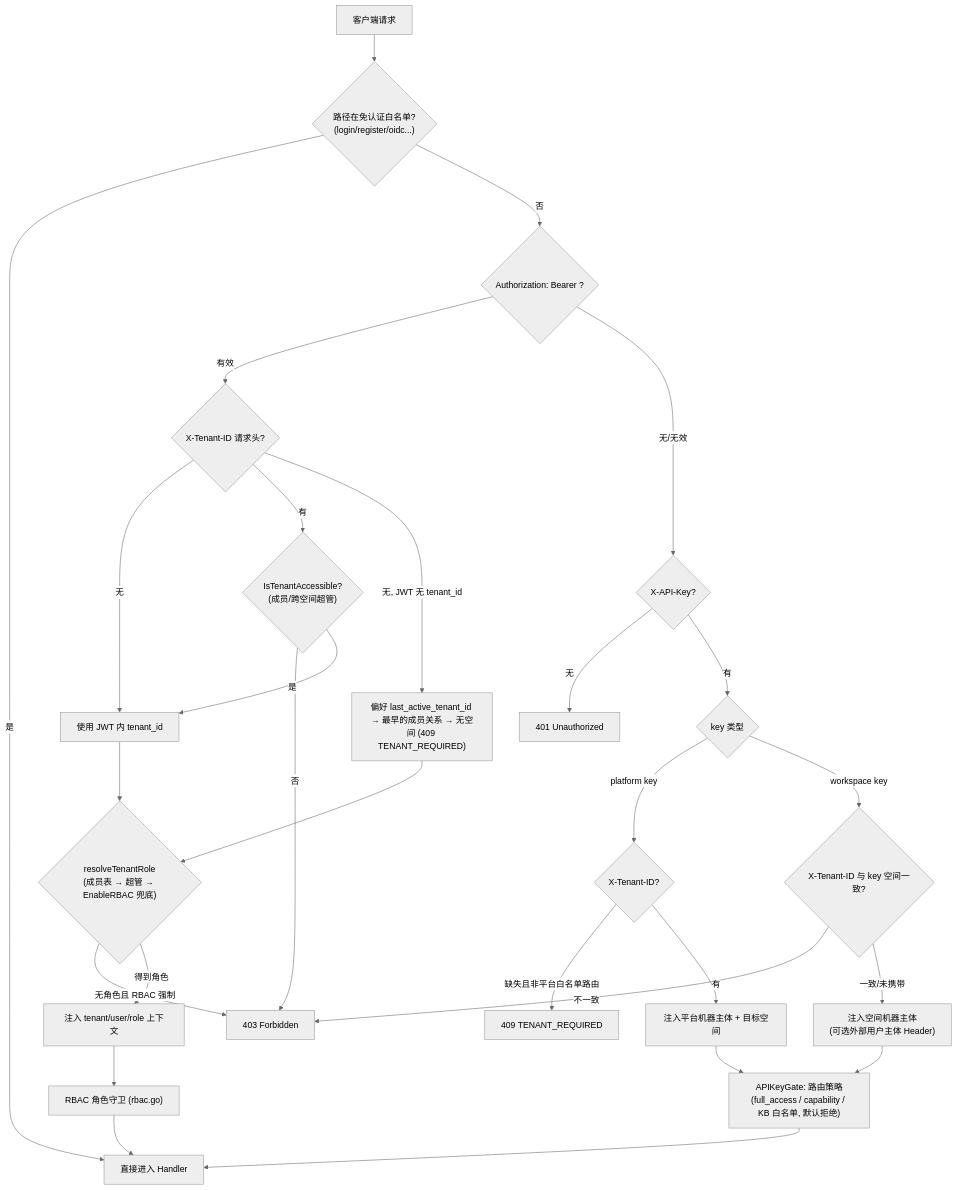
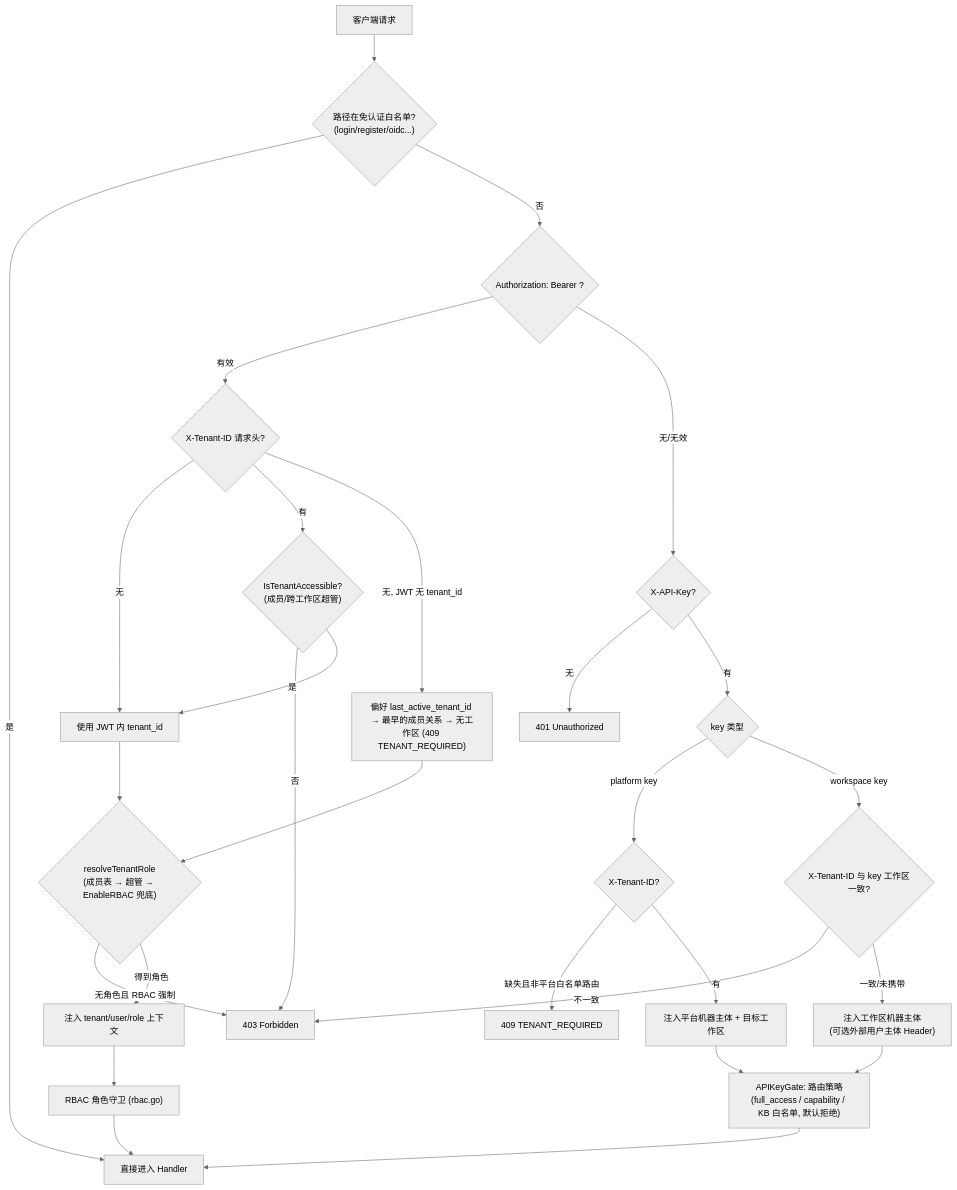
Before and after one commit to magicyuan876/Yuheng: the diagram in website-docs/04-api/01-api-overview.md, drawn with Mermaid (neutral theme). The commit also changed other lines of this file and 79 other files, not shown here.

````diff
--- a/website-docs/04-api/01-api-overview.md
+++ b/website-docs/04-api/01-api-overview.md
@@ -69,30 +69,30 @@
 ```mermaid
 flowchart TD
     A["客户端请求"] --> B{"路径在免认证白名单?<br/>(login/register/oidc...)"}
     B -- "是" --> H["直接进入 Handler"]
     B -- "否" --> C{"Authorization: Bearer <JWT>?"}
     C -- "有效" --> D{"X-Tenant-ID 请求头?"}
     D -- "无" --> E["使用 JWT 内 tenant_id"]
-    D -- "有" --> F{"IsTenantAccessible?<br/>(成员/跨空间超管)"}
+    D -- "有" --> F{"IsTenantAccessible?<br/>(成员/跨工作区超管)"}
     F -- "否" --> G["403 Forbidden"]
     F -- "是" --> E
-    D -- "无, JWT 无 tenant_id" --> E2["偏好 last_active_tenant_id → 最早的成员关系 → 无空间 (409 TENANT_REQUIRED)"]
+    D -- "无, JWT 无 tenant_id" --> E2["偏好 last_active_tenant_id → 最早的成员关系 → 无工作区 (409 TENANT_REQUIRED)"]
     E2 --> R
     E --> R{"resolveTenantRole<br/>(成员表 → 超管 → EnableRBAC 兜底)"}
     R -- "无角色且 RBAC 强制" --> G
     R -- "得到角色" --> P["注入 tenant/user/role 上下文"]
     C -- "无/无效" --> K{"X-API-Key?"}
     K -- "无" --> U["401 Unauthorized"]
     K -- "有" --> L{"key 类型"}
     L -- "platform key" --> M{"X-Tenant-ID?"}
     M -- "缺失且非平台白名单路由" --> V["409 TENANT_REQUIRED"]
-    M -- "有" --> P2["注入平台机器主体 + 目标空间"]
-    L -- "workspace key" --> N{"X-Tenant-ID 与 key 空间一致?"}
+    M -- "有" --> P2["注入平台机器主体 + 目标工作区"]
+    L -- "workspace key" --> N{"X-Tenant-ID 与 key 工作区一致?"}
     N -- "不一致" --> G
-    N -- "一致/未携带" --> P3["注入空间机器主体<br/>(可选外部用户主体 Header)"]
+    N -- "一致/未携带" --> P3["注入工作区机器主体<br/>(可选外部用户主体 Header)"]
     P --> Q["RBAC 角色守卫 (rbac.go)"]
     P2 --> S["APIKeyGate: 路由策略<br/>(full_access / capability / KB 白名单, 默认拒绝)"]
     P3 --> S
     Q --> H
     S --> H
 ```
````
